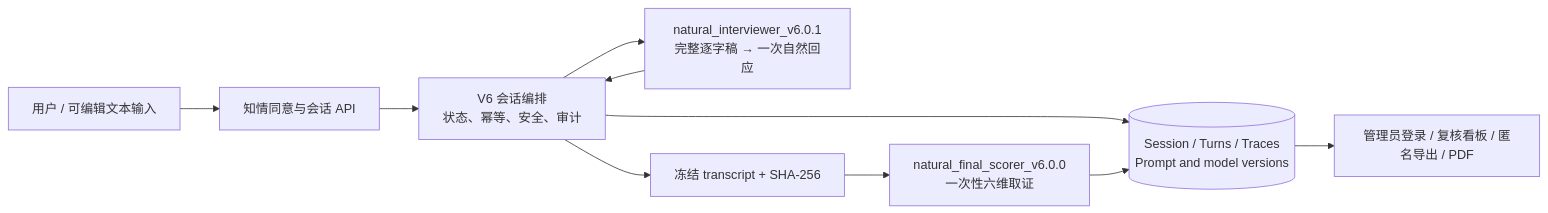
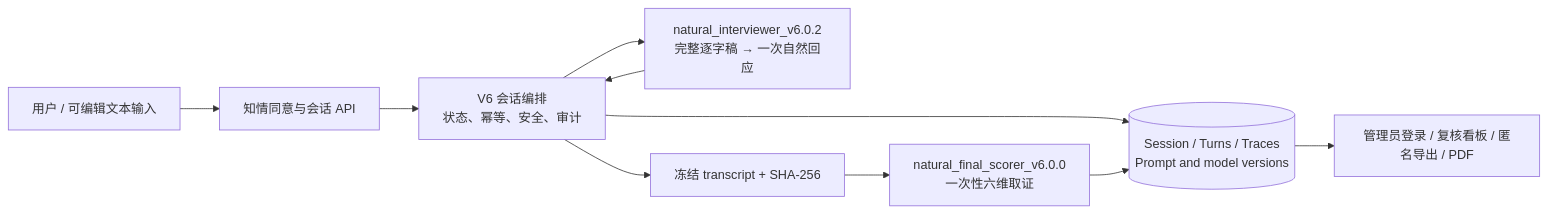
The first of 2 diagrams in docs/ARCHITECTURE.md (aBcDd-zm/critical-thinking-assessment-v6), drawn with Mermaid before and after one commit. The commit also changed other lines of this file and 13 other files, not shown here.

````diff
--- a/docs/ARCHITECTURE.md
+++ b/docs/ARCHITECTURE.md
@@ -5,12 +5,12 @@
 ```mermaid
 flowchart LR
     U["用户 / 可编辑文本输入"] --> C["知情同意与会话 API"]
     C --> S["V6 会话编排\n状态、幂等、安全、审计"]
-    S --> I["natural_interviewer_v6.0.1\n完整逐字稿 → 一次自然回应"]
+    S --> I["natural_interviewer_v6.0.2\n完整逐字稿 → 一次自然回应"]
     I --> S
     S --> D[("Session / Turns / Traces\nPrompt and model versions")]
     S --> F["冻结 transcript + SHA-256"]
     F --> R["natural_final_scorer_v6.0.0\n一次性六维取证"]
     R --> D
     D --> A["管理员登录 / 复核看板 / 匿名导出 / PDF"]
 ```
````
